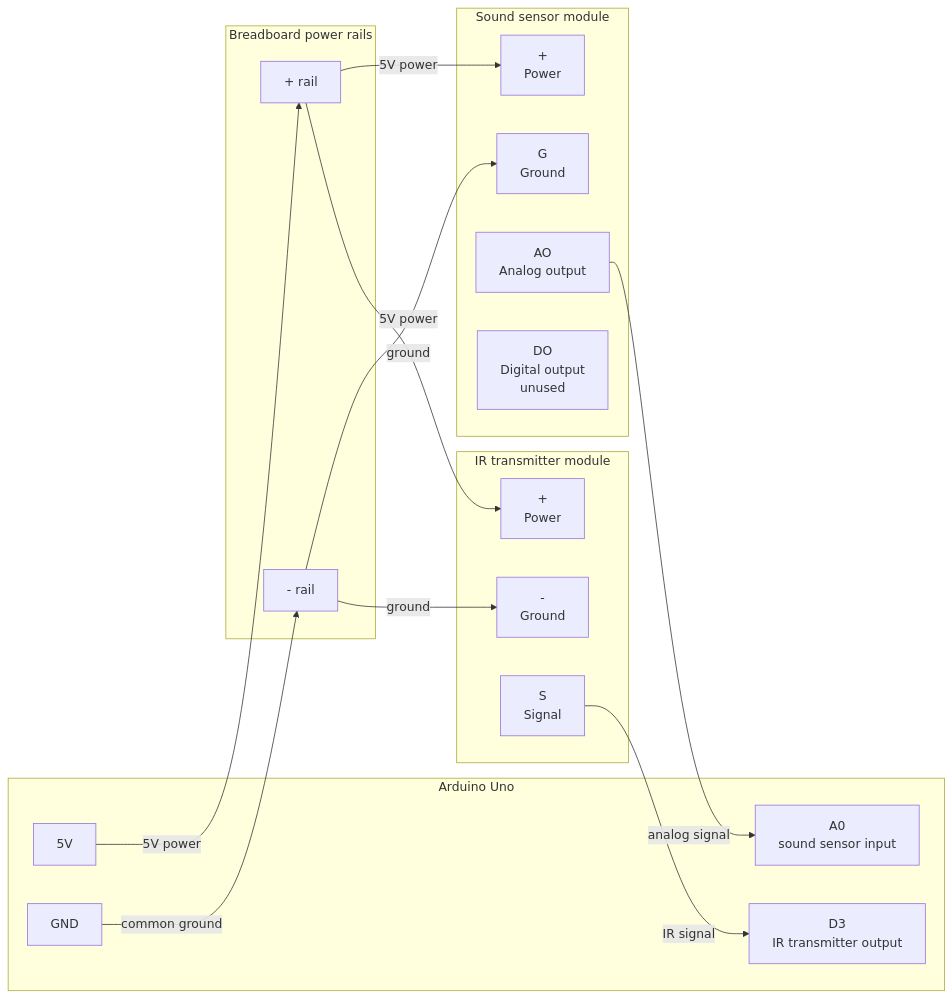
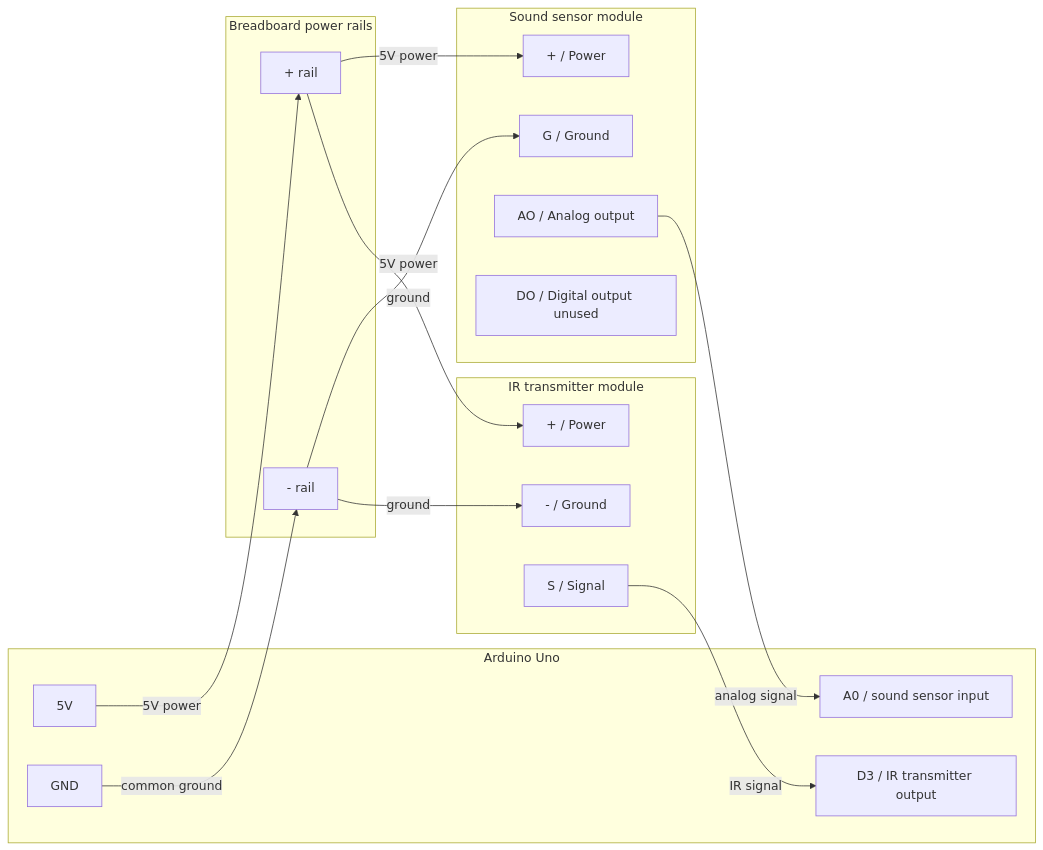
Before and after one commit to GeorgeDiNicola/adaptive-tv-audio-controller: the diagram in README.md, drawn with Mermaid. The commit also changed 1 other file, not shown here.

Commit message:
markdown fixes

````diff
--- a/README.md
+++ b/README.md
@@ -16,38 +16,38 @@
 ```mermaid
 flowchart LR
     subgraph Arduino["Arduino Uno"]
         V5["5V"]
         GND["GND"]
-        A0["A0<br/>sound sensor input"]
-        D3["D3<br/>IR transmitter output"]
+        A0["A0 / sound sensor input"]
+        D3["D3 / IR transmitter output"]
     end
 
     subgraph Breadboard["Breadboard power rails"]
         POS["+ rail"]
         NEG["- rail"]
     end
 
     subgraph SoundSensor["Sound sensor module"]
-        SP["+<br/>Power"]
-        SG["G<br/>Ground"]
-        AO["AO<br/>Analog output"]
-        DO["DO<br/>Digital output<br/>unused"]
+        SP["+ / Power"]
+        SG["G / Ground"]
+        AO["AO / Analog output"]
+        DO["DO / Digital output unused"]
     end
 
     subgraph IRTransmitter["IR transmitter module"]
-        IRP["+<br/>Power"]
-        IRN["-<br/>Ground"]
-        IRS["S<br/>Signal"]
+        IRP["+ / Power"]
+        IRN["- / Ground"]
+        IRS["S / Signal"]
     end
 
     V5 -- "5V power" --> POS
     GND -- "common ground" --> NEG
 
     POS -- "5V power" --> SP
     NEG -- "ground" --> SG
     AO -- "analog signal" --> A0
 
     POS -- "5V power" --> IRP
     NEG -- "ground" --> IRN
     IRS -- "IR signal" --> D3
 ```
````
